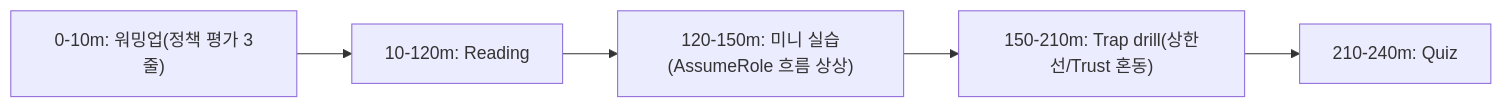
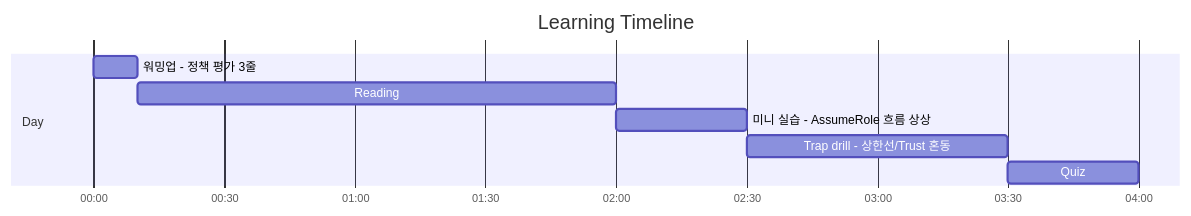
The first of 2 diagrams in aws-saa/week01/day01/README.md (niceguy61/aws-saa-lecture-2026), drawn with Mermaid before and after one commit. The commit also changed 21 other files, not shown here.

Commit message:
docs(aws-saa): use mermaid gantt for learning timelines

````diff
--- a/aws-saa/week01/day01/README.md
+++ b/aws-saa/week01/day01/README.md
@@ -24,7 +24,12 @@
 ```mermaid
-flowchart LR
-  A["0-10m: 워밍업(정책 평가 3줄)"] --> B["10-120m: Reading"]
-  B --> C["120-150m: 미니 실습(AssumeRole 흐름 상상)"]
-  C --> D["150-210m: Trap drill(상한선/Trust 혼동)"]
-  D --> E["210-240m: Quiz"]
+gantt
+  title Learning Timeline
+  dateFormat  HH:mm
+  axisFormat  %H:%M
+  section Day
+  워밍업 - 정책 평가 3줄 :t1, 00:00, 10m
+  Reading :t2, after t1, 110m
+  미니 실습 - AssumeRole 흐름 상상 :t3, after t2, 30m
+  Trap drill - 상한선/Trust 혼동 :t4, after t3, 60m
+  Quiz :t5, after t4, 30m
 ```
````
